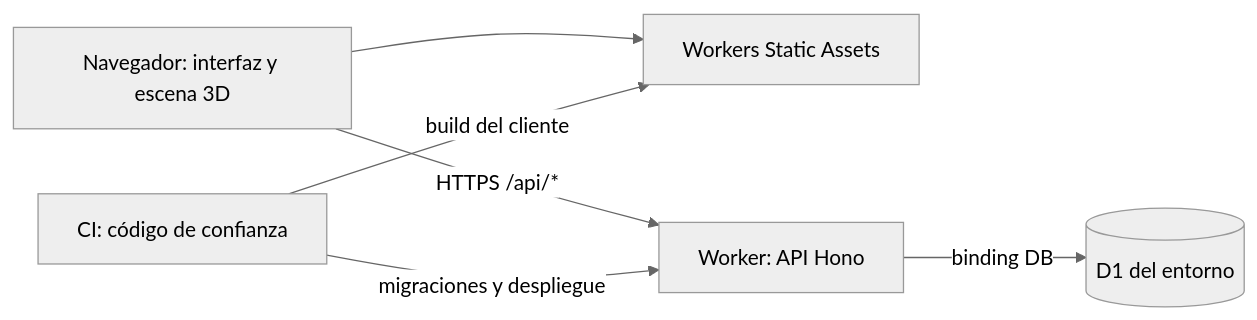
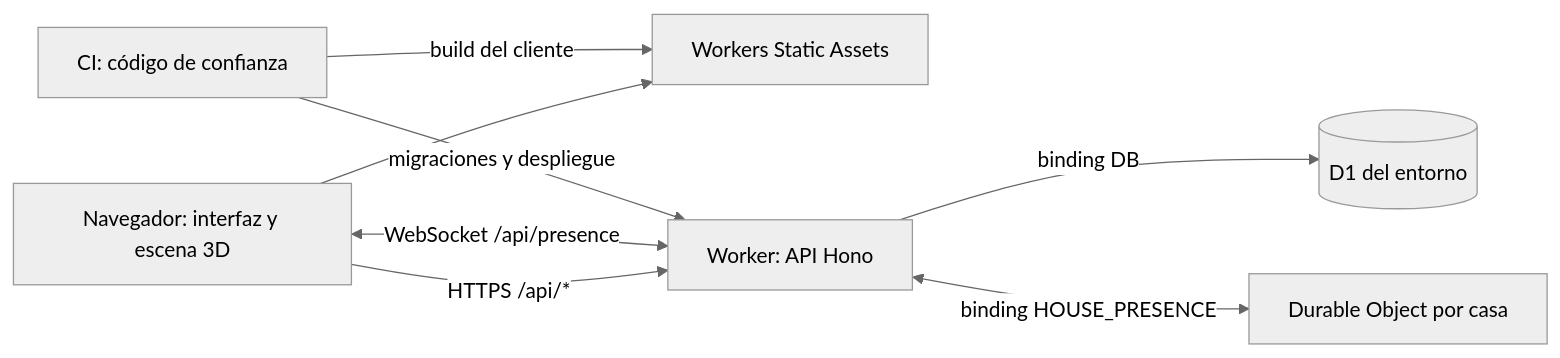
The diagram in docs/INFRAESTRUCTURA.md (CharlyMoreno/te-toca), drawn with Mermaid (neutral theme) before and after one commit. The commit also changed other lines of this file and 37 other files, not shown here.

````diff
--- a/docs/INFRAESTRUCTURA.md
+++ b/docs/INFRAESTRUCTURA.md
@@ -15,8 +15,10 @@
 ```mermaid
 flowchart LR
     U[Navegador: interfaz y escena 3D] --> S[Workers Static Assets]
     U -->|HTTPS /api/*| W[Worker: API Hono]
     W -->|binding DB| D[(D1 del entorno)]
+    U <-->|WebSocket /api/presence| W
+    W <-->|binding HOUSE_PRESENCE| P[Durable Object por casa]
     G[CI: código de confianza] -->|migraciones y despliegue| W
     G -->|build del cliente| S
 ```
````
